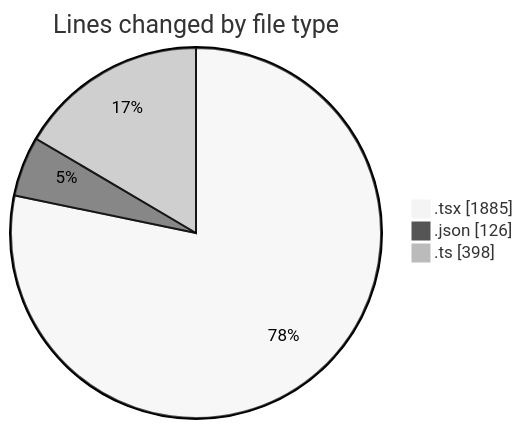
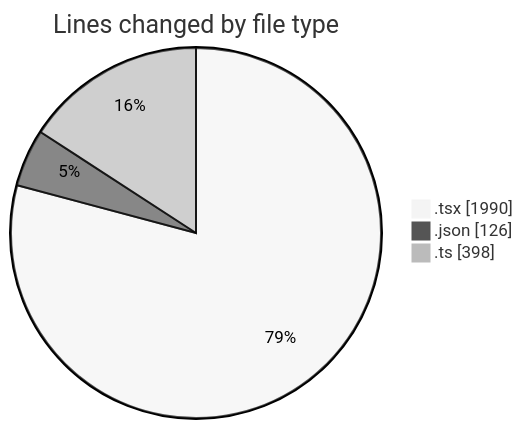
The first of 2 diagrams in 2026-03-30/nxtqube_webapp/README.md (nxtqubesakshisongat/code-tracking), drawn with Mermaid (neutral theme) before and after one commit. The commit also changed other lines of this file and 1 other file, not shown here.

````diff
--- a/2026-03-30/nxtqube_webapp/README.md
+++ b/2026-03-30/nxtqube_webapp/README.md
@@ -25,7 +25,7 @@
 ```mermaid
 pie showData
 title Lines changed by file type
-".tsx" : 1885
+".tsx" : 1990
 ".json" : 126
 ".ts" : 398
 ```
````
